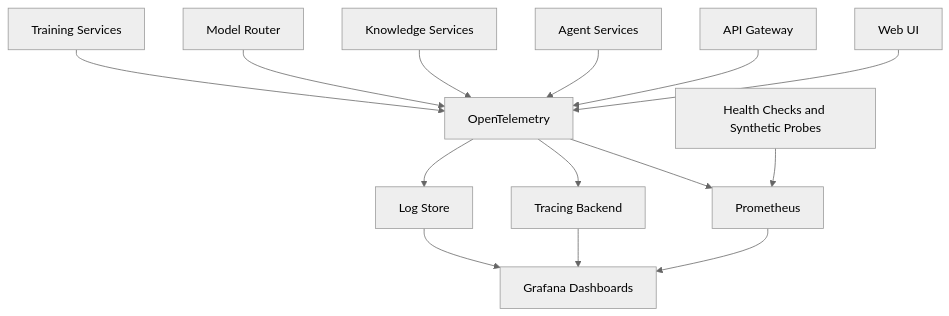
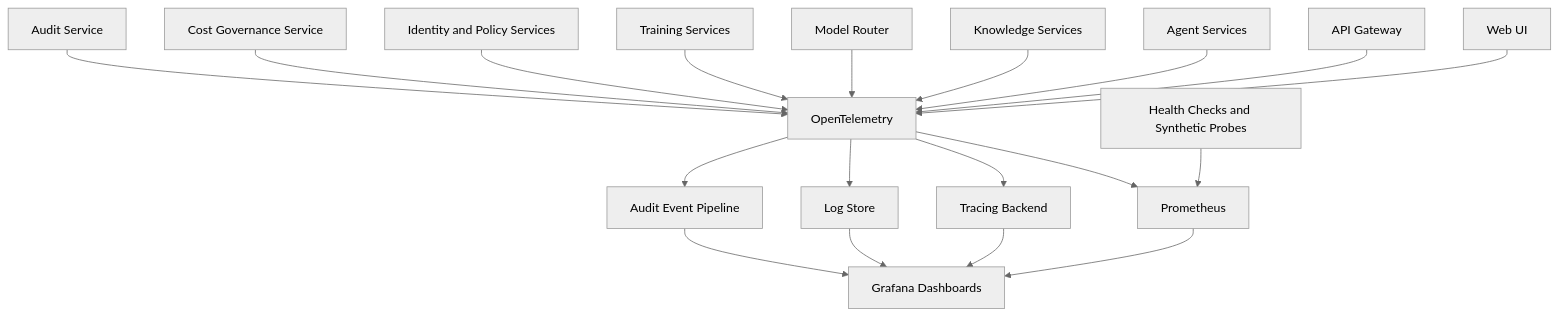
One commit to dcfrancisco/open-intelligence-platform changed the diagram in docs/observability.md. Above: the diagram before and after it, drawn with Mermaid (neutral theme). The commit also changed other lines of this file and 24 other files, not shown here.

````diff
--- a/docs/observability.md
+++ b/docs/observability.md
@@ -9,19 +11,24 @@
 ```mermaid
 flowchart TB
     UI[Web UI] --> OTel[OpenTelemetry]
     Gateway[API Gateway] --> OTel
     Agents[Agent Services] --> OTel
     Knowledge[Knowledge Services] --> OTel
     Routing[Model Router] --> OTel
     Training[Training Services] --> OTel
+    Identity[Identity and Policy Services] --> OTel
+    Cost[Cost Governance Service] --> OTel
+    Audit[Audit Service] --> OTel
 
     OTel --> Metrics[Prometheus]
     OTel --> Traces[Tracing Backend]
     OTel --> Logs[Log Store]
+    OTel --> AuditEvents[Audit Event Pipeline]
 
     Metrics --> Grafana[Grafana Dashboards]
     Traces --> Grafana
     Logs --> Grafana
+    AuditEvents --> Grafana
 
     Health[Health Checks and Synthetic Probes] --> Metrics
 ```
````
